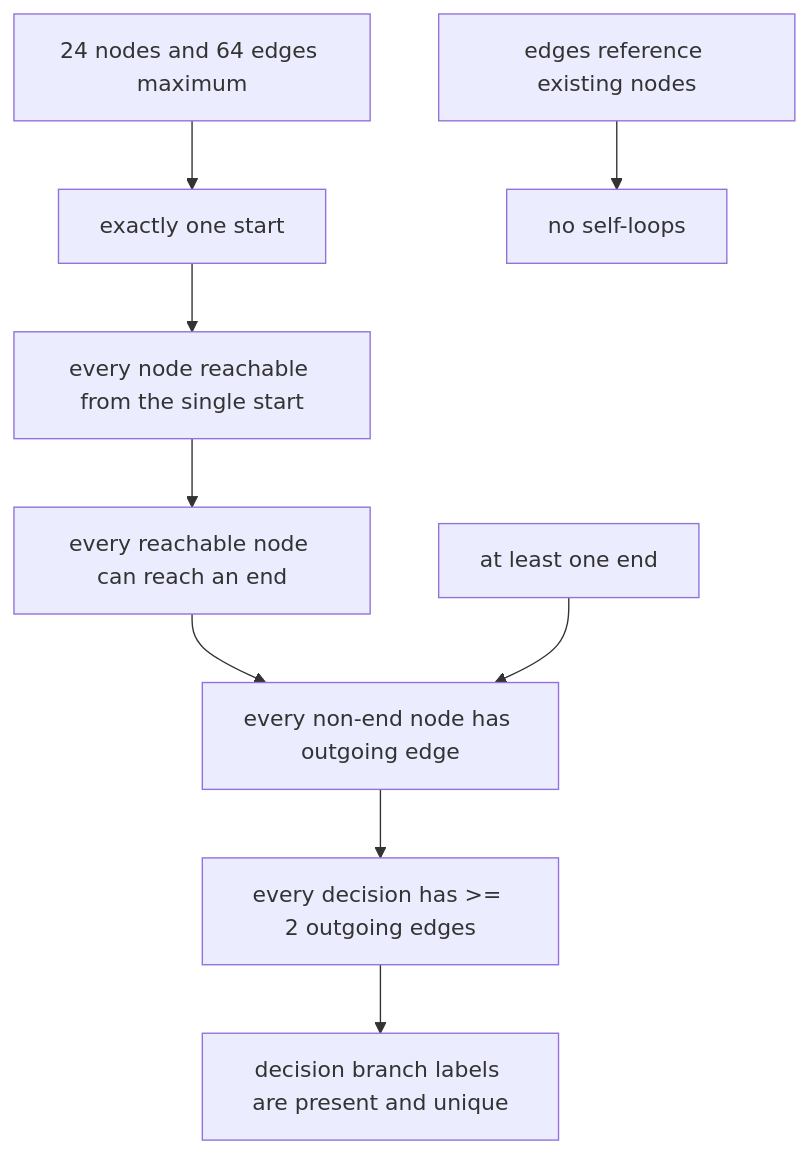
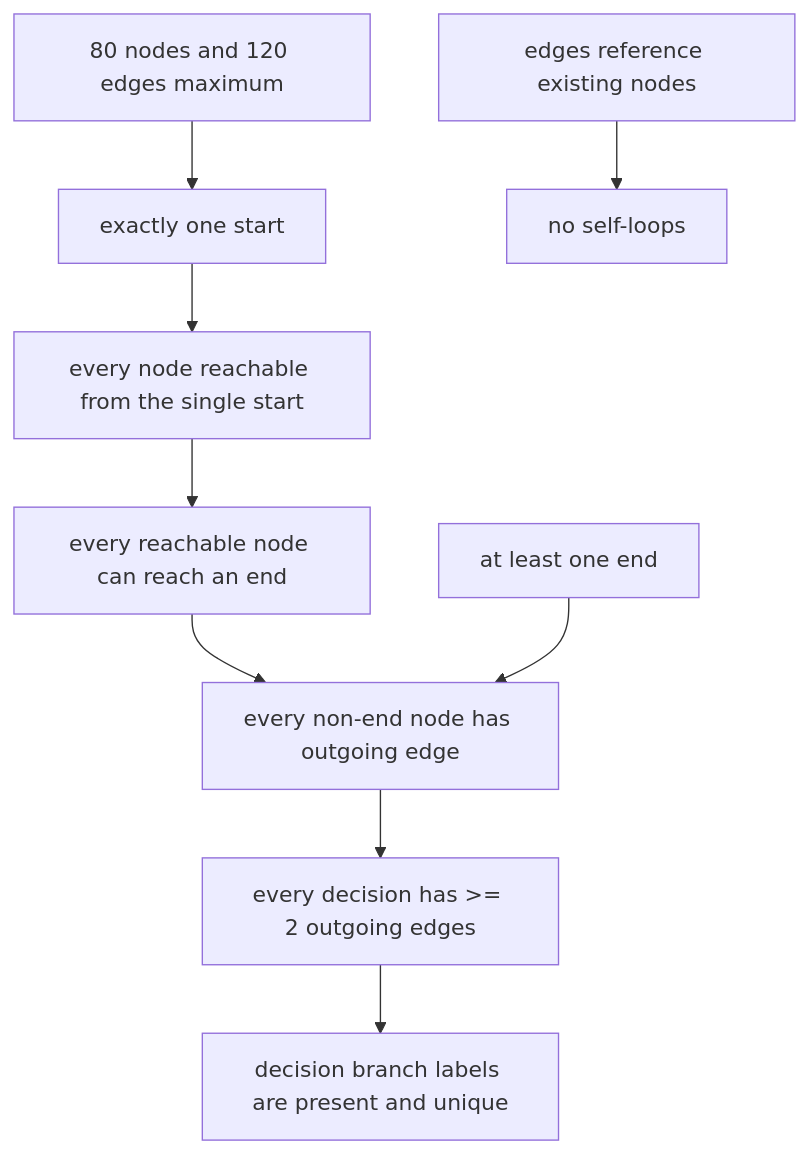
One commit to shpitdev/sketchi changed the eighth of 17 diagrams in docs/mcp-tool-catalog.md. Above: the diagram before and after it, drawn with Mermaid. The commit also changed other lines of this file and 50 other files, not shown here.

First line of the commit message:
feat(generate): big diagrams come out whole or fail naming the limit they hit (#661)

````diff
--- a/docs/mcp-tool-catalog.md
+++ b/docs/mcp-tool-catalog.md
@@ -502,22 +502,22 @@
 ```mermaid
 flowchart TB
   Start["exactly one start"]
   End["at least one end"]
   Reachable["every node reachable from the single start"]
   Terminating["every reachable node can reach an end"]
   Outgoing["every non-end node has outgoing edge"]
   Decision["every decision has >= 2 outgoing edges"]
   Branches["decision branch labels are present and unique"]
   Edges["edges reference existing nodes"]
   NoLoops["no self-loops"]
-  Bounds["24 nodes and 64 edges maximum"]
+  Bounds["80 nodes and 120 edges maximum"]
 
   Start --> Reachable
   Reachable --> Terminating
   Terminating --> Outgoing
   Outgoing --> Decision
   Decision --> Branches
   End --> Outgoing
   Edges --> NoLoops
   Bounds --> Start
 ```
````
